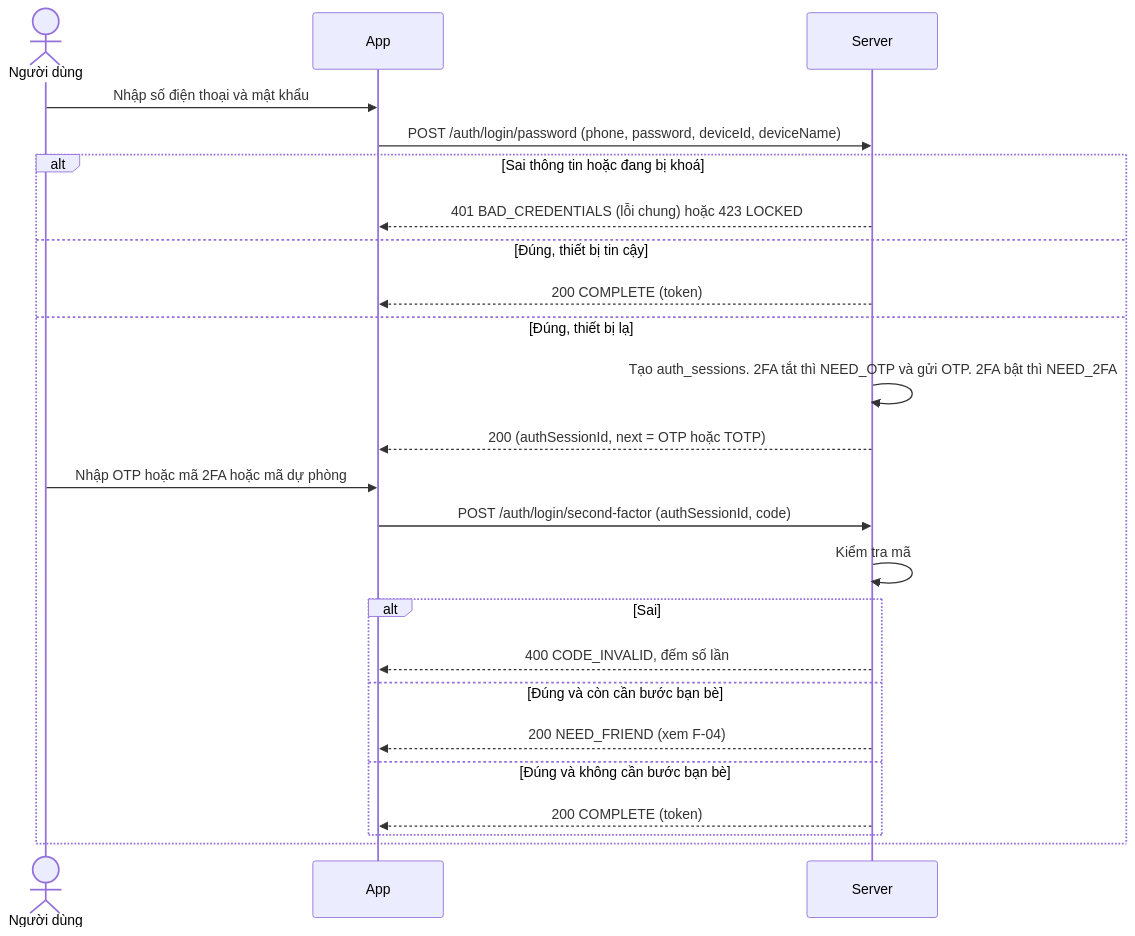
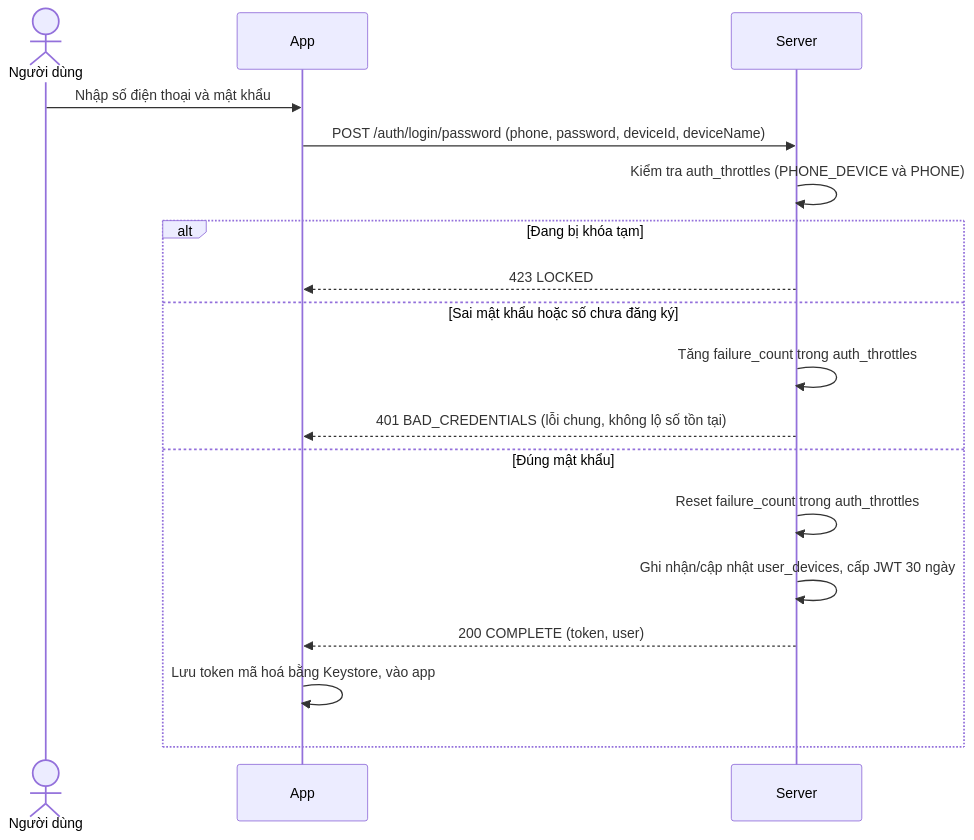
The second of 10 diagrams in docs/FLOWS.md (Project-Mobile-TEAM/Project_Mobile), drawn with Mermaid before and after one commit. The commit also changed other lines of this file and 8 other files, not shown here.

Commit message:
docs: complete architecture specifications, API contract and deployment security

````diff
--- a/docs/FLOWS.md
+++ b/docs/FLOWS.md
@@ -62,26 +46,20 @@
 ```mermaid
 sequenceDiagram
     actor U as Người dùng
     participant A as App
     participant S as Server
     U->>A: Nhập số điện thoại và mật khẩu
     A->>S: POST /auth/login/password (phone, password, deviceId, deviceName)
-    alt Sai thông tin hoặc đang bị khoá
-        S-->>A: 401 BAD_CREDENTIALS (lỗi chung) hoặc 423 LOCKED
-    else Đúng, thiết bị tin cậy
-        S-->>A: 200 COMPLETE (token)
-    else Đúng, thiết bị lạ
-        S->>S: Tạo auth_sessions. 2FA tắt thì NEED_OTP và gửi OTP. 2FA bật thì NEED_2FA
-        S-->>A: 200 (authSessionId, next = OTP hoặc TOTP)
-        U->>A: Nhập OTP hoặc mã 2FA hoặc mã dự phòng
-        A->>S: POST /auth/login/second-factor (authSessionId, code)
-        S->>S: Kiểm tra mã
-        alt Sai
-            S-->>A: 400 CODE_INVALID, đếm số lần
-        else Đúng và còn cần bước bạn bè
-            S-->>A: 200 NEED_FRIEND (xem F-04)
-        else Đúng và không cần bước bạn bè
-            S-->>A: 200 COMPLETE (token)
-        end
+    S->>S: Kiểm tra auth_throttles (PHONE_DEVICE và PHONE)
+    alt Đang bị khóa tạm
+        S-->>A: 423 LOCKED
+    else Sai mật khẩu hoặc số chưa đăng ký
+        S->>S: Tăng failure_count trong auth_throttles
+        S-->>A: 401 BAD_CREDENTIALS (lỗi chung, không lộ số tồn tại)
+    else Đúng mật khẩu
+        S->>S: Reset failure_count trong auth_throttles
+        S->>S: Ghi nhận/cập nhật user_devices, cấp JWT 30 ngày
+        S-->>A: 200 COMPLETE (token, user)
+        A->>A: Lưu token mã hoá bằng Keystore, vào app
     end
 ```
````
